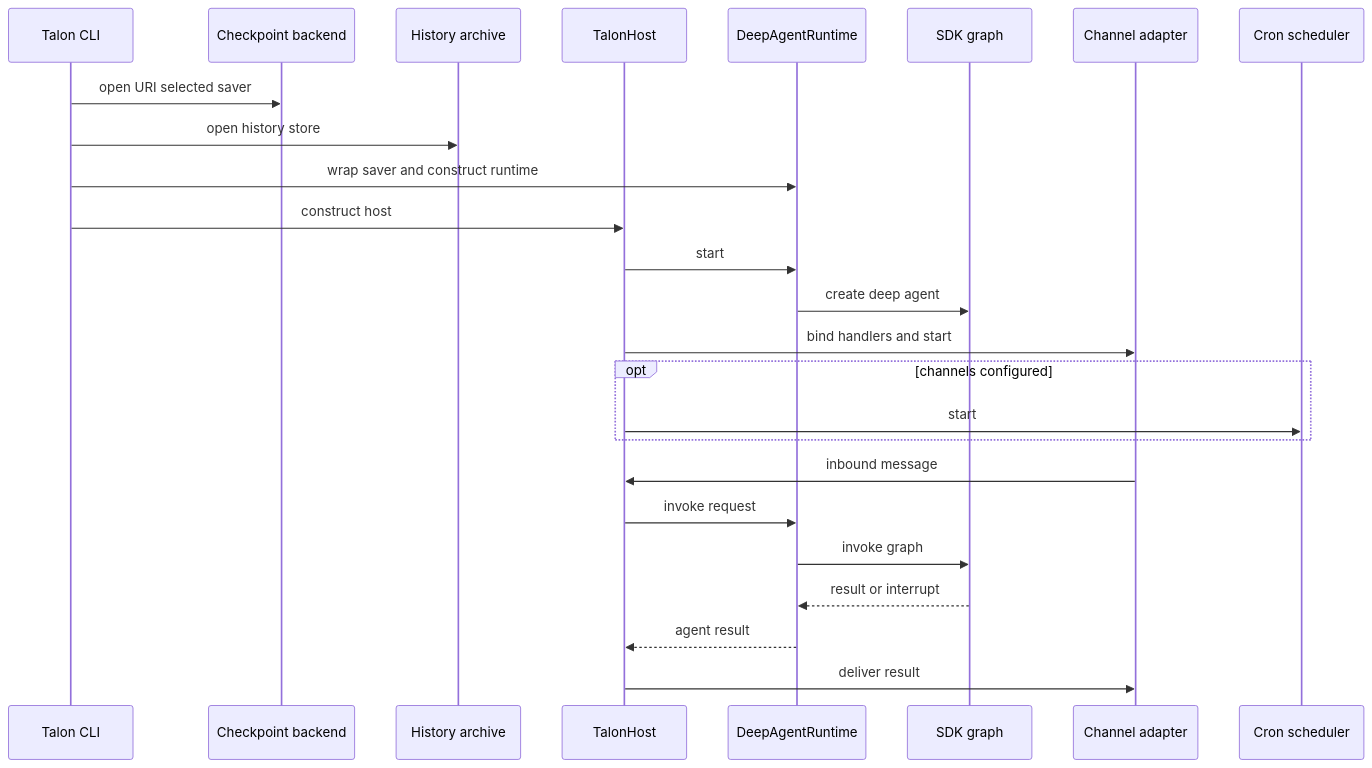
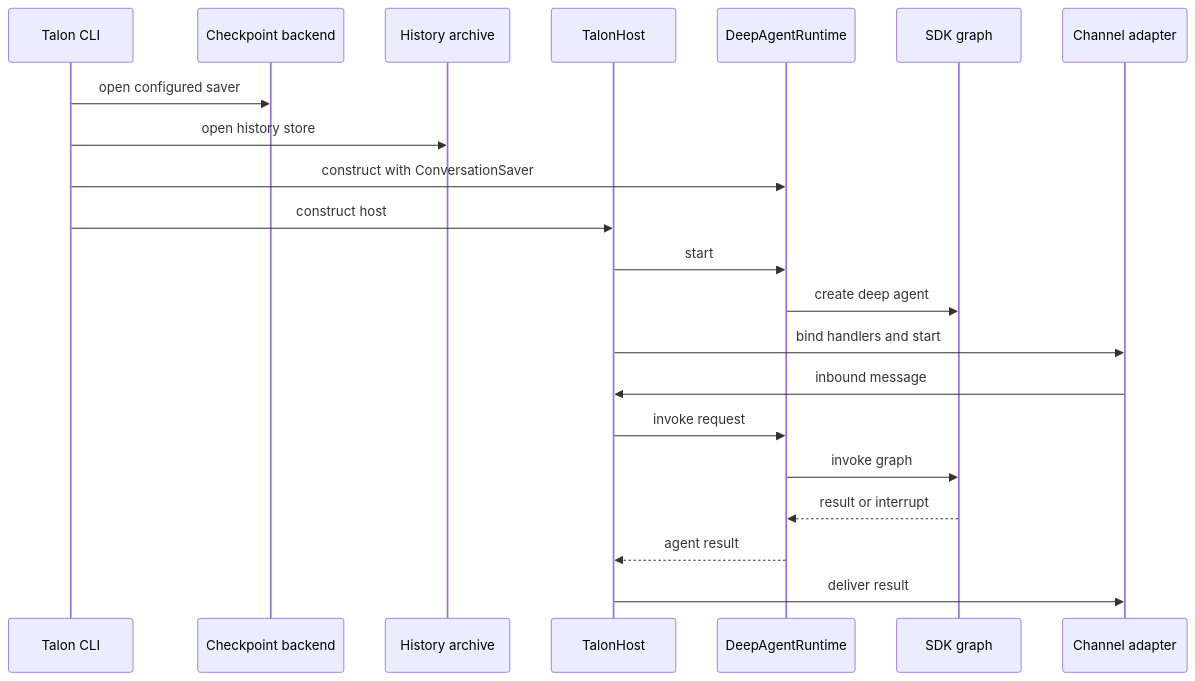
Before and after one commit to langchain-ai/deepagents: the second of 2 diagrams in openwiki/architecture/overview.md, drawn with Mermaid. The commit also changed other lines of this file and 47 other files, not shown here.

````diff
--- a/openwiki/architecture/overview.md
+++ b/openwiki/architecture/overview.md
@@ -127,27 +123,23 @@
 ```mermaid
 sequenceDiagram
   participant Cli as Talon CLI
   participant Checkpoints as Checkpoint backend
   participant Archive as History archive
   participant Host as TalonHost
   participant Runtime as DeepAgentRuntime
   participant Graph as SDK graph
   participant Channel as Channel adapter
-  participant Scheduler as Cron scheduler
-  Cli->>Checkpoints: open URI selected saver
+  Cli->>Checkpoints: open configured saver
   Cli->>Archive: open history store
-  Cli->>Runtime: wrap saver and construct runtime
+  Cli->>Runtime: construct with ConversationSaver
   Cli->>Host: construct host
   Host->>Runtime: start
   Runtime->>Graph: create deep agent
   Host->>Channel: bind handlers and start
-  opt channels configured
-    Host->>Scheduler: start
-  end
   Channel->>Host: inbound message
   Host->>Runtime: invoke request
   Runtime->>Graph: invoke graph
   Graph-->>Runtime: result or interrupt
   Runtime-->>Host: agent result
   Host->>Channel: deliver result
 ```
````
